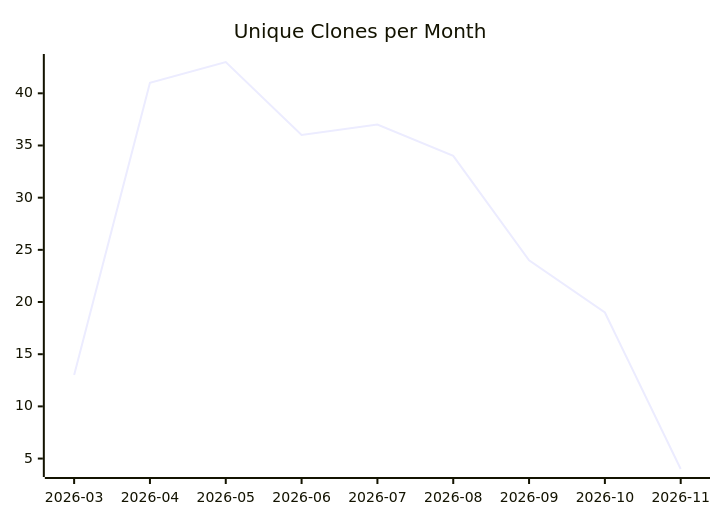
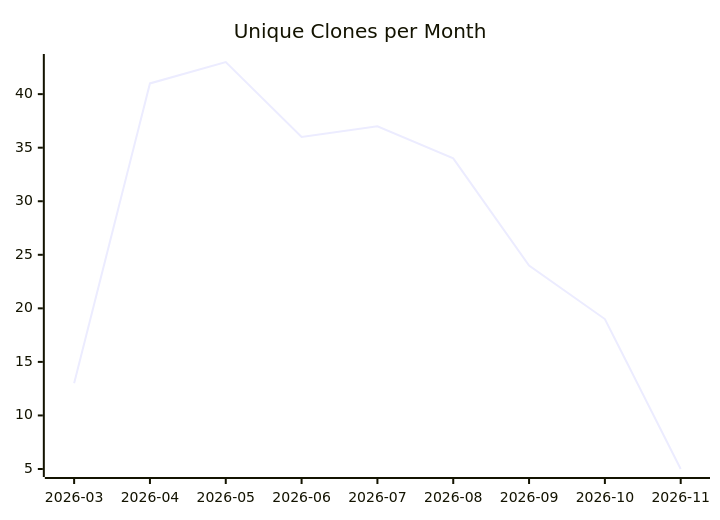
Before and after one commit to justdavis-family/github-analytics-data: the third of 3 diagrams in karlmdavis/usgs-water-api-java/README.md, drawn with Mermaid. The commit also changed other lines of this file and 193 other files, not shown here.

````diff
--- a/karlmdavis/usgs-water-api-java/README.md
+++ b/karlmdavis/usgs-water-api-java/README.md
@@ -19,6 +19,6 @@
 ```mermaid
 xychart-beta
   title "Unique Clones per Month"
   x-axis ["2026-03", "2026-04", "2026-05", "2026-06", "2026-07", "2026-08", "2026-09", "2026-10", "2026-11"]
-  line [13, 41, 43, 36, 37, 34, 24, 19, 4]
+  line [13, 41, 43, 36, 37, 34, 24, 19, 5]
 ```
````
